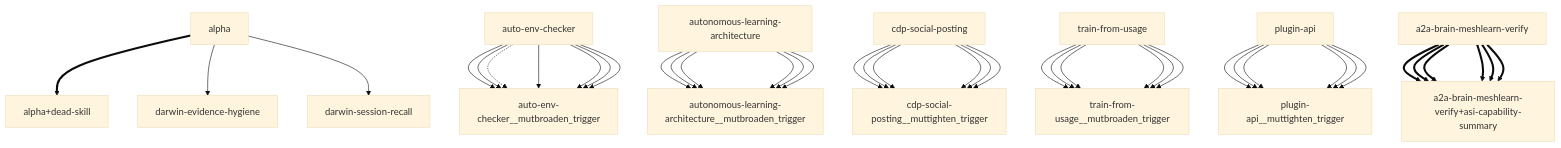
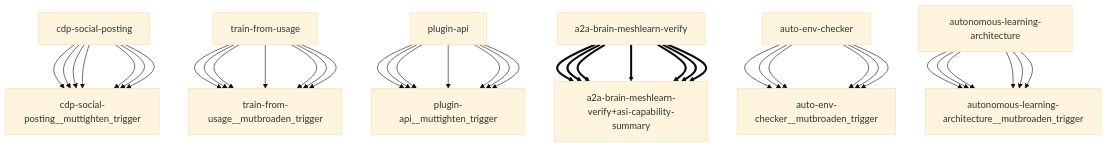
Before and after one commit to openamer/openamer: the diagram in reports/darwin-report.md, drawn with Mermaid (base theme). The commit also changed other lines of this file and 17 other files, not shown here.

````diff
--- a/reports/darwin-report.md
+++ b/reports/darwin-report.md
@@ -66,43 +66,43 @@
 ```mermaid
 graph TD
-    alpha["alpha"] ==> alpha+dead-skill["alpha+dead-skill"]
-    alpha["alpha"] --> darwin-evidence-hygiene["darwin-evidence-hygiene"]
-    alpha["alpha"] --> darwin-session-recall["darwin-session-recall"]
+    cdp-social-posting["cdp-social-posting"] --> cdp-social-posting__muttighten_trigger["cdp-social-posting__muttighten_trigger"]
+    train-from-usage["train-from-usage"] --> train-from-usage__mutbroaden_trigger["train-from-usage__mutbroaden_trigger"]
+    plugin-api["plugin-api"] --> plugin-api__muttighten_trigger["plugin-api__muttighten_trigger"]
+    a2a-brain-meshlearn-verify["a2a-brain-meshlearn-verify"] ==> a2a-brain-meshlearn-verify+asi-capability-summary["a2a-brain-meshlearn-verify+asi-capability-summary"]
     auto-env-checker["auto-env-checker"] --> auto-env-checker__mutbroaden_trigger["auto-env-checker__mutbroaden_trigger"]
     autonomous-learning-architecture["autonomous-learning-architecture"] --> autonomous-learning-architecture__mutbroaden_trigger["autonomous-learning-architecture__mutbroaden_trigger"]
     cdp-social-posting["cdp-social-posting"] --> cdp-social-posting__muttighten_trigger["cdp-social-posting__muttighten_trigger"]
     train-from-usage["train-from-usage"] --> train-from-usage__mutbroaden_trigger["train-from-usage__mutbroaden_trigger"]
     plugin-api["plugin-api"] --> plugin-api__muttighten_trigger["plugin-api__muttighten_trigger"]
     a2a-brain-meshlearn-verify["a2a-brain-meshlearn-verify"] ==> a2a-brain-meshlearn-verify+asi-capability-summary["a2a-brain-meshlearn-verify+asi-capability-summary"]
     auto-env-checker["auto-env-checker"] --> auto-env-checker__mutbroaden_trigger["auto-env-checker__mutbroaden_trigger"]
     autonomous-learning-architecture["autonomous-learning-architecture"] --> autonomous-learning-architecture__mutbroaden_trigger["autonomous-learning-architecture__mutbroaden_trigger"]
     cdp-social-posting["cdp-social-posting"] --> cdp-social-posting__muttighten_trigger["cdp-social-posting__muttighten_trigger"]
     train-from-usage["train-from-usage"] --> train-from-usage__mutbroaden_trigger["train-from-usage__mutbroaden_trigger"]
     plugin-api["plugin-api"] --> plugin-api__muttighten_trigger["plugin-api__muttighten_trigger"]
     a2a-brain-meshlearn-verify["a2a-brain-meshlearn-verify"] ==> a2a-brain-meshlearn-verify+asi-capability-summary["a2a-brain-meshlearn-verify+asi-capability-summary"]
-    auto-env-checker["auto-env-checker"] -.-> auto-env-checker__mutbroaden_trigger["auto-env-checker__mutbroaden_trigger"]
     auto-env-checker["auto-env-checker"] --> auto-env-checker__mutbroaden_trigger["auto-env-checker__mutbroaden_trigger"]
     autonomous-learning-architecture["autonomous-learning-architecture"] --> autonomous-learning-architecture__mutbroaden_trigger["autonomous-learning-architecture__mutbroaden_trigger"]
     cdp-social-posting["cdp-social-posting"] --> cdp-social-posting__muttighten_trigger["cdp-social-posting__muttighten_trigger"]
     train-from-usage["train-from-usage"] --> train-from-usage__mutbroaden_trigger["train-from-usage__mutbroaden_trigger"]
     plugin-api["plugin-api"] --> plugin-api__muttighten_trigger["plugin-api__muttighten_trigger"]
     a2a-brain-meshlearn-verify["a2a-brain-meshlearn-verify"] ==> a2a-brain-meshlearn-verify+asi-capability-summary["a2a-brain-meshlearn-verify+asi-capability-summary"]
     auto-env-checker["auto-env-checker"] --> auto-env-checker__mutbroaden_trigger["auto-env-checker__mutbroaden_trigger"]
     autonomous-learning-architecture["autonomous-learning-architecture"] --> autonomous-learning-architecture__mutbroaden_trigger["autonomous-learning-architecture__mutbroaden_trigger"]
     cdp-social-posting["cdp-social-posting"] --> cdp-social-posting__muttighten_trigger["cdp-social-posting__muttighten_trigger"]
     train-from-usage["train-from-usage"] --> train-from-usage__mutbroaden_trigger["train-from-usage__mutbroaden_trigger"]
     plugin-api["plugin-api"] --> plugin-api__muttighten_trigger["plugin-api__muttighten_trigger"]
     a2a-brain-meshlearn-verify["a2a-brain-meshlearn-verify"] ==> a2a-brain-meshlearn-verify+asi-capability-summary["a2a-brain-meshlearn-verify+asi-capability-summary"]
     auto-env-checker["auto-env-checker"] --> auto-env-checker__mutbroaden_trigger["auto-env-checker__mutbroaden_trigger"]
     autonomous-learning-architecture["autonomous-learning-architecture"] --> autonomous-learning-architecture__mutbroaden_trigger["autonomous-learning-architecture__mutbroaden_trigger"]
     cdp-social-posting["cdp-social-posting"] --> cdp-social-posting__muttighten_trigger["cdp-social-posting__muttighten_trigger"]
     train-from-usage["train-from-usage"] --> train-from-usage__mutbroaden_trigger["train-from-usage__mutbroaden_trigger"]
     plugin-api["plugin-api"] --> plugin-api__muttighten_trigger["plugin-api__muttighten_trigger"]
     a2a-brain-meshlearn-verify["a2a-brain-meshlearn-verify"] ==> a2a-brain-meshlearn-verify+asi-capability-summary["a2a-brain-meshlearn-verify+asi-capability-summary"]
     auto-env-checker["auto-env-checker"] --> auto-env-checker__mutbroaden_trigger["auto-env-checker__mutbroaden_trigger"]
     autonomous-learning-architecture["autonomous-learning-architecture"] --> autonomous-learning-architecture__mutbroaden_trigger["autonomous-learning-architecture__mutbroaden_trigger"]
     cdp-social-posting["cdp-social-posting"] --> cdp-social-posting__muttighten_trigger["cdp-social-posting__muttighten_trigger"]
     train-from-usage["train-from-usage"] --> train-from-usage__mutbroaden_trigger["train-from-usage__mutbroaden_trigger"]
     plugin-api["plugin-api"] --> plugin-api__muttighten_trigger["plugin-api__muttighten_trigger"]
     a2a-brain-meshlearn-verify["a2a-brain-meshlearn-verify"] ==> a2a-brain-meshlearn-verify+asi-capability-summary["a2a-brain-meshlearn-verify+asi-capability-summary"]
 ```
````
